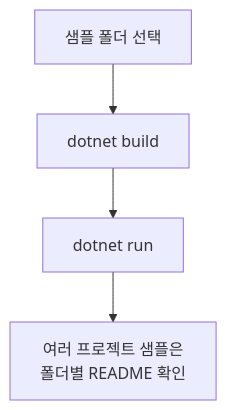
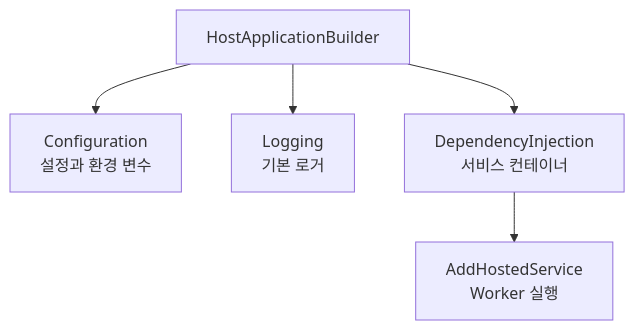
Before and after one commit to ibocon/ibocon: the eighth of 8 diagrams in blog/dotnet-reference-projects.md, drawn with Mermaid. The commit also changed other lines of this file and 24 other files, not shown here.

````diff
--- a/blog/dotnet-reference-projects.md
+++ b/blog/dotnet-reference-projects.md
@@ -134,6 +193,7 @@
 ```mermaid
 flowchart TB
-    A["샘플 폴더 선택"] --> B["dotnet build"]
-    B --> C["dotnet run"]
-    C --> D["여러 프로젝트 샘플은<br/>폴더별 README 확인"]
+    H["HostApplicationBuilder"] --> C["Configuration<br/>설정과 환경 변수"]
+    H --> L["Logging<br/>기본 로거"]
+    H --> D["DependencyInjection<br/>서비스 컨테이너"]
+    D --> W["AddHostedService<br/>Worker 실행"]
 ```
````
